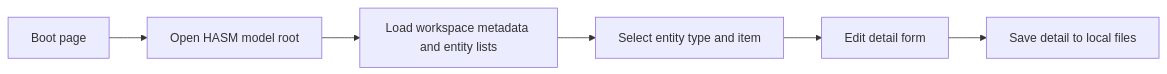
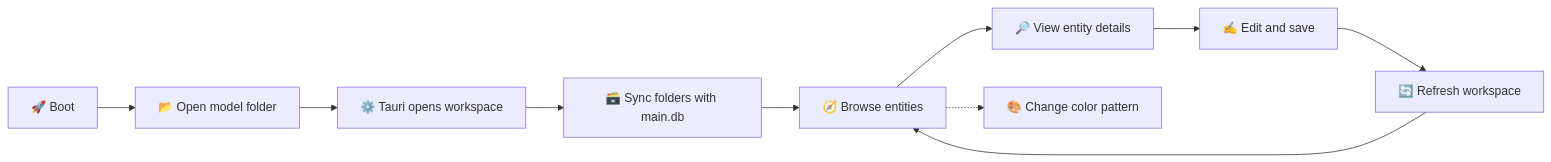
One commit to HibiyaHaraki/hasm changed the diagram in README.md. Above: the diagram before and after it, drawn with Mermaid. The commit also changed other lines of this file, not shown here.

Commit message:
Adapt README.md to new planned architecture

````diff
--- a/README.md
+++ b/README.md
@@ -25,8 +20,12 @@
 ```mermaid
 flowchart LR
-	A[Boot page] --> B[Open HASM model root]
-	B --> C[Load workspace metadata and entity lists]
-	C --> D[Select entity type and item]
-	D --> E[Edit detail form]
-	E --> F[Save detail to local files]
+	A[🚀 Boot] --> B[📂 Open model folder]
+	B --> C[⚙️ Tauri opens workspace]
+	C --> D[🗃️ Sync folders with main.db]
+	D --> E[🧭 Browse entities]
+	E --> F[🔎 View entity details]
+	F --> G[✍️ Edit and save]
+	G --> H[🔄 Refresh workspace]
+	H --> E
+	E -.-> I[🎨 Change color pattern]
 ```
````
